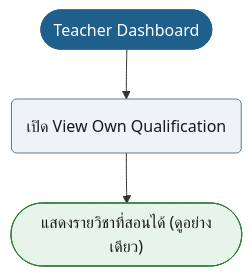
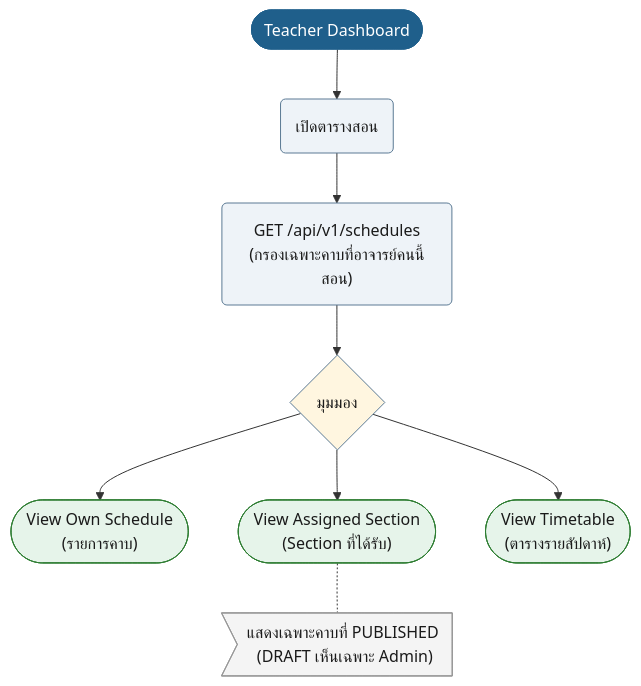
Diagram 13 of 49 in doc/userflow.md (synthesixer/AcadOS), drawn with Mermaid before and after one commit. The commit also changed other lines of this file and 1 other file, not shown here.

````diff
--- a/doc/userflow.md
+++ b/doc/userflow.md
@@ -442,14 +470,24 @@
 ```mermaid
 flowchart TD
     n1(["Teacher Dashboard"]):::start
-    n2("เปิด View Own Qualification"):::act
-    n3(["แสดงรายวิชาที่สอนได้ (ดูอย่างเดียว)"]):::ok
+    n2("เปิดตารางสอน"):::act
+    n3("GET /api/v1/schedules<br/>(กรองเฉพาะคาบที่อาจารย์คนนี้สอน)"):::act
+    n4{"มุมมอง"}:::dec
     n1 --> n2
     n2 --> n3
+    n3 --> n4
+    n5(["View Own Schedule<br/>(รายการคาบ)"]):::ok
+    n6(["View Assigned Section<br/>(Section ที่ได้รับ)"]):::ok
+    n7(["View Timetable<br/>(ตารางรายสัปดาห์)"]):::ok
+    n4 --> n5
+    n4 --> n6
+    n4 --> n7
+    n8>"แสดงเฉพาะคาบที่ PUBLISHED (DRAFT เห็นเฉพาะ Admin)"]:::note
+    n6 -.- n8
     classDef start fill:#1F5F8B,stroke:#1F5F8B,color:#fff
     classDef act fill:#EEF3F8,stroke:#5B7A94,color:#1a1a1a
     classDef dec fill:#FFF6E0,stroke:#5B7A94,color:#1a1a1a
     classDef bad fill:#FCE8E6,stroke:#C0392B,color:#1a1a1a
     classDef ok fill:#E6F4EA,stroke:#2E7D32,color:#1a1a1a
     classDef note fill:#F4F4F4,stroke:#999,color:#1a1a1a
 ```
````
